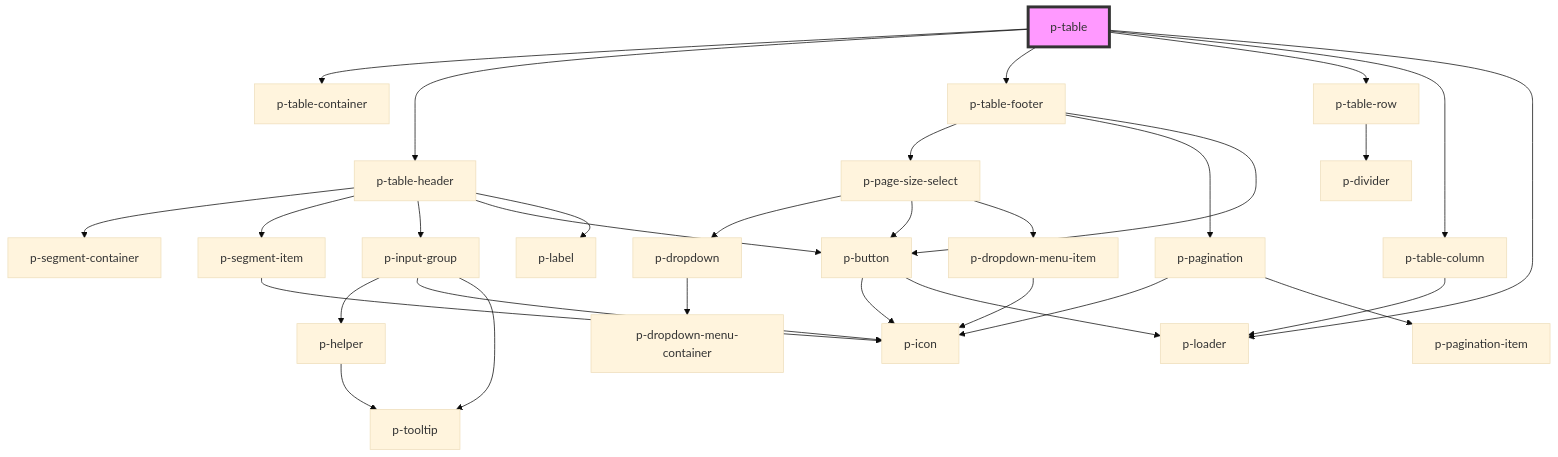
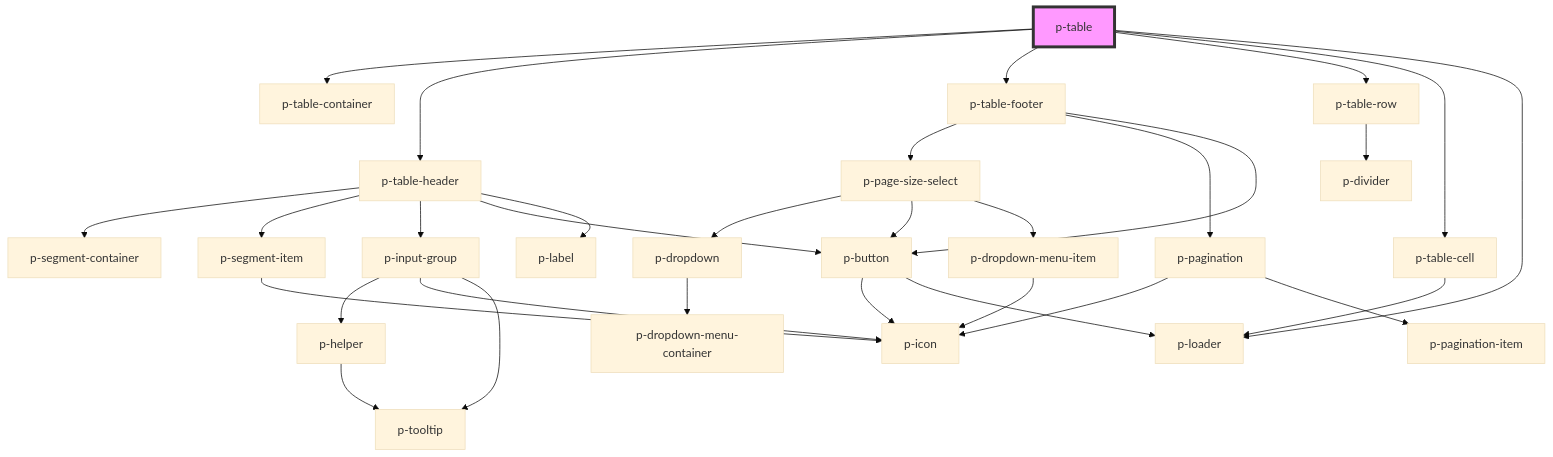
The diagram in packages/core/src/components/organisms/table/readme.md (Employes/paperless), drawn with Mermaid (base theme) before and after one commit. The commit also changed other lines of this file and 23 other files, not shown here.

````diff
--- a/packages/core/src/components/organisms/table/readme.md
+++ b/packages/core/src/components/organisms/table/readme.md
@@ -75,34 +75,34 @@
 ```mermaid
 graph TD;
   p-table --> p-table-container
   p-table --> p-table-header
   p-table --> p-table-footer
   p-table --> p-table-row
-  p-table --> p-table-column
+  p-table --> p-table-cell
   p-table --> p-loader
   p-table-header --> p-segment-container
   p-table-header --> p-segment-item
   p-table-header --> p-input-group
   p-table-header --> p-button
   p-table-header --> p-label
   p-segment-item --> p-icon
   p-input-group --> p-helper
   p-input-group --> p-icon
   p-input-group --> p-tooltip
   p-helper --> p-tooltip
   p-button --> p-icon
   p-button --> p-loader
   p-table-footer --> p-page-size-select
   p-table-footer --> p-pagination
   p-table-footer --> p-button
   p-page-size-select --> p-dropdown
   p-page-size-select --> p-button
   p-page-size-select --> p-dropdown-menu-item
   p-dropdown --> p-dropdown-menu-container
   p-dropdown-menu-item --> p-icon
   p-pagination --> p-icon
   p-pagination --> p-pagination-item
   p-table-row --> p-divider
-  p-table-column --> p-loader
+  p-table-cell --> p-loader
   style p-table fill:#f9f,stroke:#333,stroke-width:4px
 ```
````
